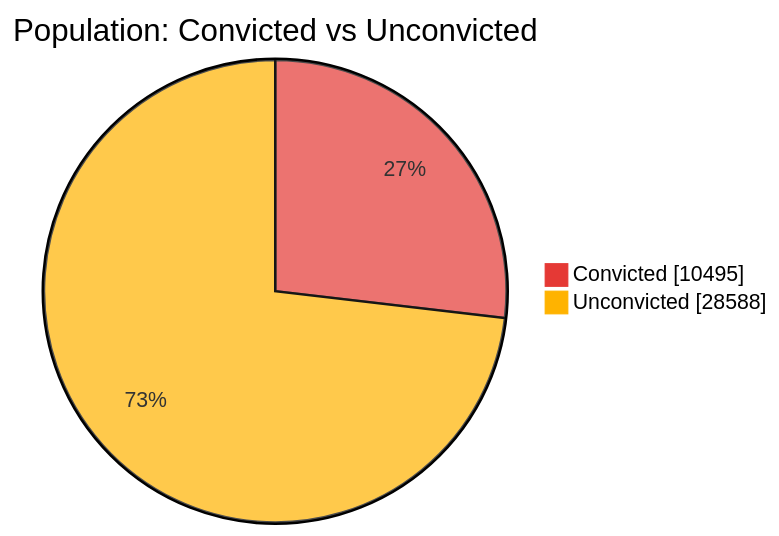
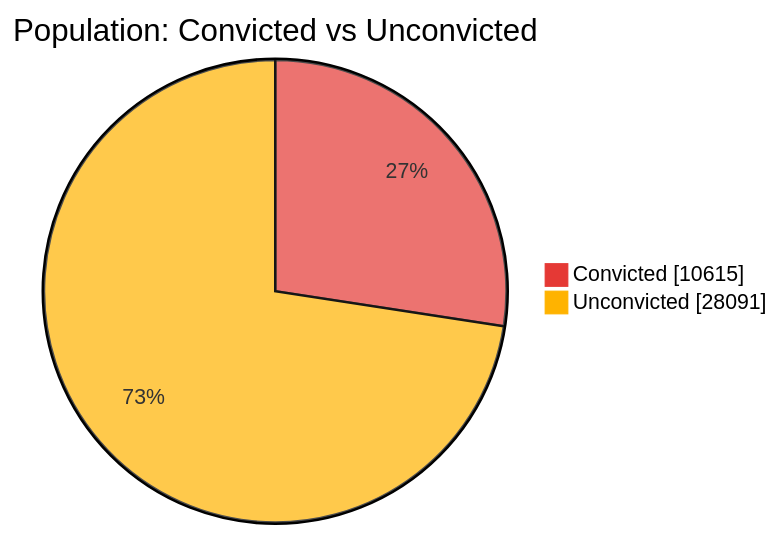
The first of 7 diagrams in README.md (nuuuwan/lk_prisons), drawn with Mermaid before and after one commit. The commit also changed other lines of this file and 1 other file, not shown here.

````diff
--- a/README.md
+++ b/README.md
@@ -43,6 +43,6 @@
 ```mermaid
 %%{init: {'themeVariables': {'pie1': '#E53935', 'pie2': '#FFB300'}}}%%
 pie showData title Population: Convicted vs Unconvicted
-    "Convicted" : 10495
-    "Unconvicted" : 28588
+    "Convicted" : 10615
+    "Unconvicted" : 28091
 ```
````
